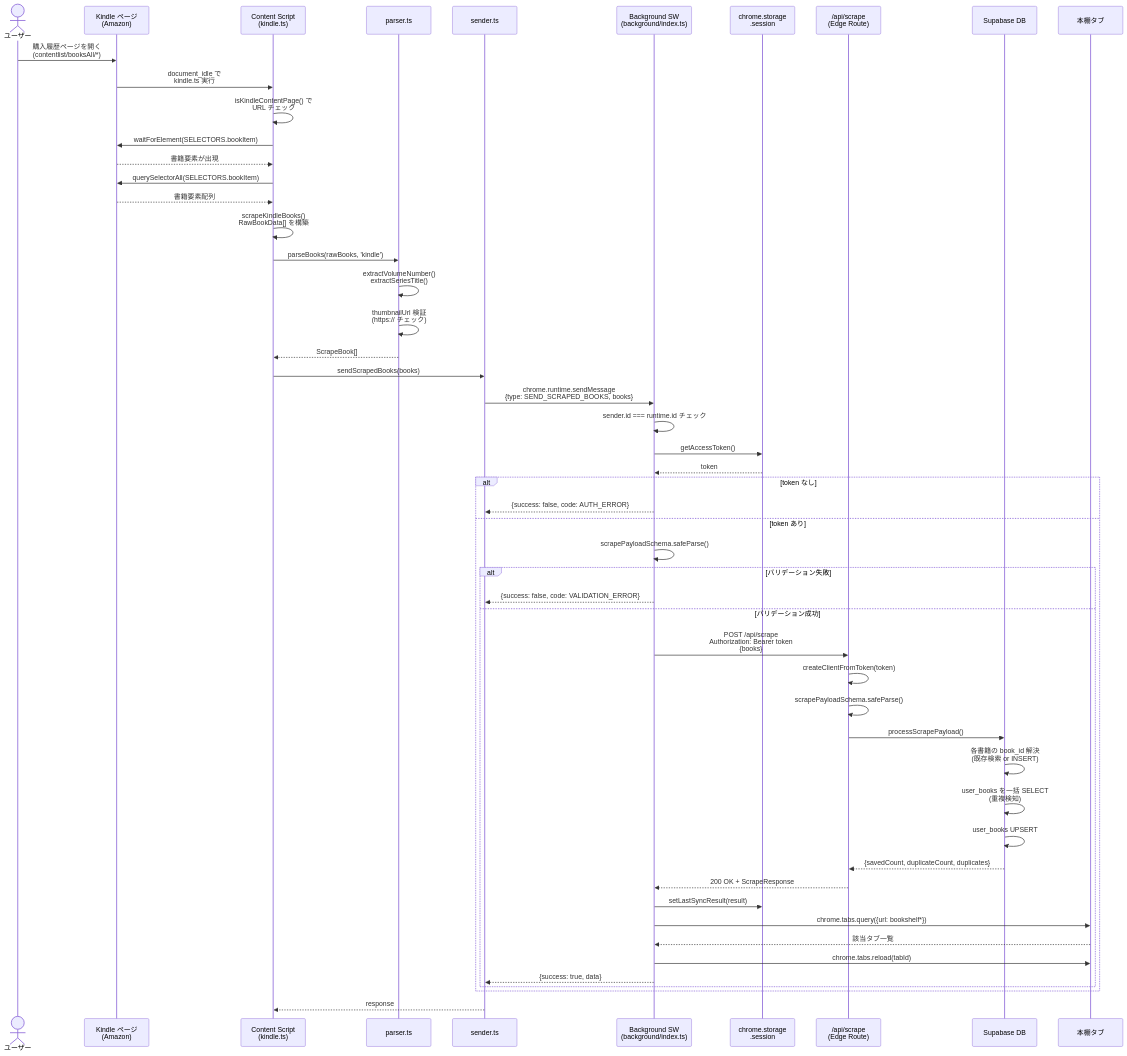
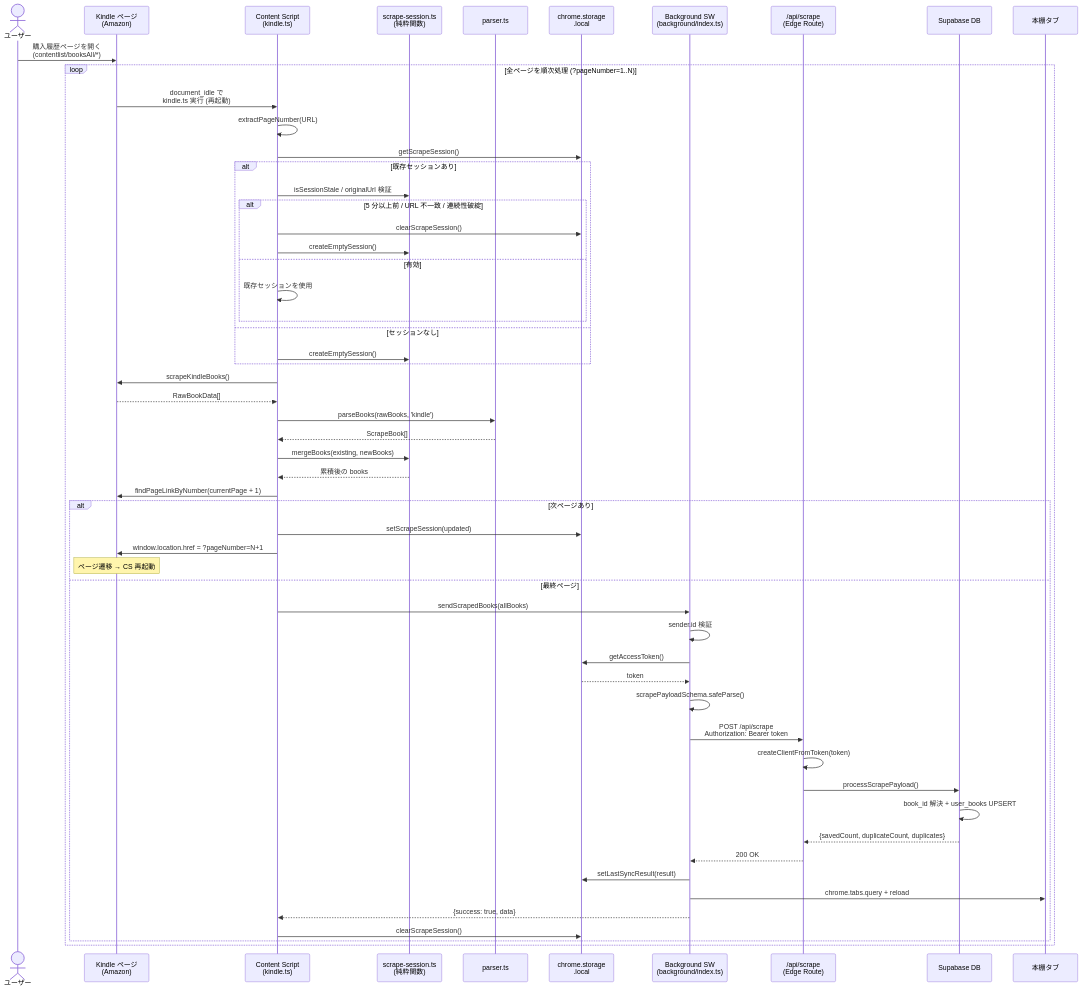
One commit to Shrimprin/bookshub changed the second of 4 diagrams in docs/specs/sequence_diagrams.md. Above: the diagram before and after it, drawn with Mermaid. The commit also changed other lines of this file and 2 other files, not shown here.

Commit message:
docs: storage local 移行と Kindle 累積セッションを反映 (Phase 5)
- architecture.md
  - chrome.storage.session → chrome.storage.local の参照を更新
  - Storage 設計節を追加 (3 つのキーと保持期間、セキュリティ判断)
  - Kindle ページネーションの累積セッション節を追加
- sequence_diagrams.md
  - 認証フロー: storage を local に変更、保持期間の説明を更新
  - スクレイピングフロー: ページネーションループ + scrape-session を含めた図に書き換え
- CONTRIBUTING.md
  - 動作確認チェックリストにページネーション・累積セッション・AUTH_ERROR 復元の項目を追加

````diff
--- a/docs/specs/sequence_diagrams.md
+++ b/docs/specs/sequence_diagrams.md
@@ -98,62 +100,62 @@
 ```mermaid
 sequenceDiagram
     actor User as ユーザー
     participant Page as Kindle ページ<br/>(Amazon)
     participant CS as Content Script<br/>(kindle.ts)
+    participant Session as scrape-session.ts<br/>(純粋関数)
     participant Parser as parser.ts
-    participant Sender as sender.ts
+    participant Storage as chrome.storage<br/>.local
     participant BG as Background SW<br/>(background/index.ts)
-    participant Storage as chrome.storage<br/>.session
     participant API as /api/scrape<br/>(Edge Route)
     participant DB as Supabase DB
     participant Tab as 本棚タブ
 
     User->>Page: 購入履歴ページを開く<br/>(contentlist/booksAll/*)
-    Page->>CS: document_idle で<br/>kindle.ts 実行
-    CS->>CS: isKindleContentPage() で<br/>URL チェック
-    CS->>Page: waitForElement(SELECTORS.bookItem)
-    Page-->>CS: 書籍要素が出現
-    CS->>Page: querySelectorAll(SELECTORS.bookItem)
-    Page-->>CS: 書籍要素配列
-    CS->>CS: scrapeKindleBooks()<br/>RawBookData[] を構築
 
-    CS->>Parser: parseBooks(rawBooks, 'kindle')
-    Parser->>Parser: extractVolumeNumber()<br/>extractSeriesTitle()
-    Parser->>Parser: thumbnailUrl 検証<br/>(https:// チェック)
-    Parser-->>CS: ScrapeBook[]
+    loop 全ページを順次処理 (?pageNumber=1..N)
+        Page->>CS: document_idle で<br/>kindle.ts 実行 (再起動)
+        CS->>CS: extractPageNumber(URL)
+        CS->>Storage: getScrapeSession()
+        alt 既存セッションあり
+            CS->>Session: isSessionStale / originalUrl 検証
+            alt 5 分以上前 / URL 不一致 / 連続性破綻
+                CS->>Storage: clearScrapeSession()
+                CS->>Session: createEmptySession()
+            else 有効
+                CS->>CS: 既存セッションを使用
+            end
+        else セッションなし
+            CS->>Session: createEmptySession()
+        end
 
-    CS->>Sender: sendScrapedBooks(books)
-    Sender->>BG: chrome.runtime.sendMessage<br/>{type: SEND_SCRAPED_BOOKS, books}
+        CS->>Page: scrapeKindleBooks()
+        Page-->>CS: RawBookData[]
+        CS->>Parser: parseBooks(rawBooks, 'kindle')
+        Parser-->>CS: ScrapeBook[]
+        CS->>Session: mergeBooks(existing, newBooks)
+        Session-->>CS: 累積後の books
 
-    BG->>BG: sender.id === runtime.id チェック
-    BG->>Storage: getAccessToken()
-    Storage-->>BG: token
-
-    alt token なし
-        BG-->>Sender: {success: false, code: AUTH_ERROR}
-    else token あり
-        BG->>BG: scrapePayloadSchema.safeParse()
-        alt バリデーション失敗
-            BG-->>Sender: {success: false, code: VALIDATION_ERROR}
-        else バリデーション成功
-            BG->>API: POST /api/scrape<br/>Authorization: Bearer token<br/>{books}
-
+        CS->>Page: findPageLinkByNumber(currentPage + 1)
+        alt 次ページあり
+            CS->>Storage: setScrapeSession(updated)
+            CS->>Page: window.location.href = ?pageNumber=N+1
+            Note over Page: ページ遷移 → CS 再起動
+        else 最終ページ
+            CS->>BG: sendScrapedBooks(allBooks)
+            BG->>BG: sender.id 検証
+            BG->>Storage: getAccessToken()
+            Storage-->>BG: token
+            BG->>BG: scrapePayloadSchema.safeParse()
+            BG->>API: POST /api/scrape<br/>Authorization: Bearer token
             API->>API: createClientFromToken(token)
-            API->>API: scrapePayloadSchema.safeParse()
             API->>DB: processScrapePayload()
-            DB->>DB: 各書籍の book_id 解決<br/>(既存検索 or INSERT)
-            DB->>DB: user_books を一括 SELECT<br/>(重複検知)
-            DB->>DB: user_books UPSERT
+            DB->>DB: book_id 解決 + user_books UPSERT
             DB-->>API: {savedCount, duplicateCount, duplicates}
-            API-->>BG: 200 OK + ScrapeResponse
-
+            API-->>BG: 200 OK
             BG->>Storage: setLastSyncResult(result)
-            BG->>Tab: chrome.tabs.query({url: bookshelf*})
-            Tab-->>BG: 該当タブ一覧
-            BG->>Tab: chrome.tabs.reload(tabId)
-            BG-->>Sender: {success: true, data}
+            BG->>Tab: chrome.tabs.query + reload
+            BG-->>CS: {success: true, data}
+            CS->>Storage: clearScrapeSession()
         end
     end
-
-    Sender-->>CS: response
 ```
````
